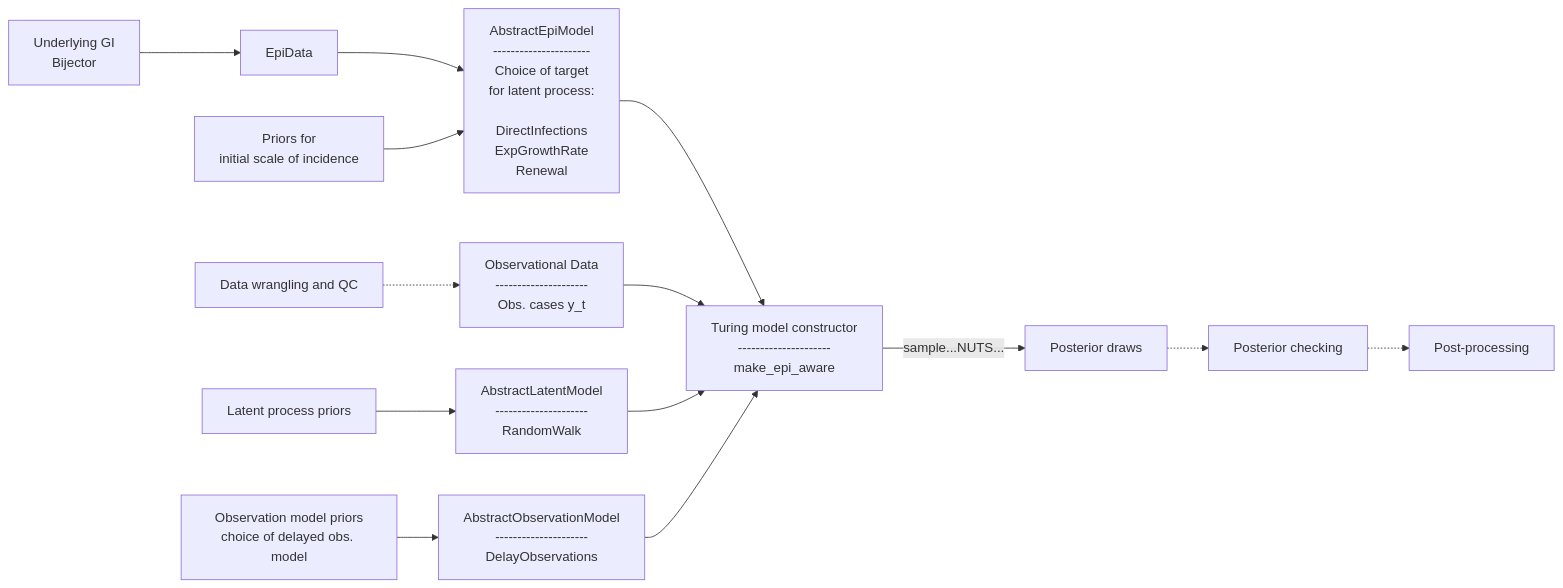
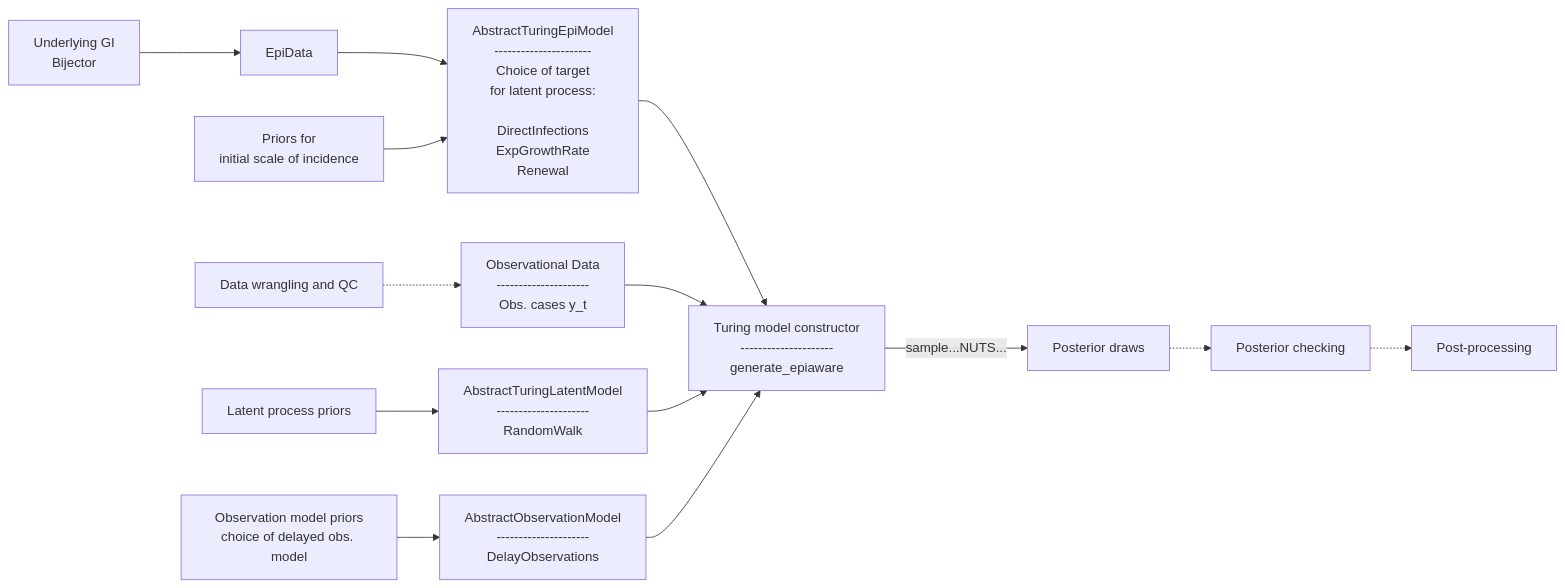
One commit to CDCgov/Rt-without-renewal changed the diagram in EpiAware/README.md. Above: the diagram before and after it, drawn with Mermaid. The commit also changed 52 other files, not shown here.

````diff
--- a/EpiAware/README.md
+++ b/EpiAware/README.md
@@ -16,64 +16,64 @@
 ```mermaid
 flowchart LR
 
 A["Underlying GI
 Bijector"]
 
-EpiModel["AbstractEpiModel
+EpiModel["AbstractTuringEpiModel
 ----------------------
 Choice of target
 for latent process:
 
 DirectInfections
     ExpGrowthRate
     Renewal"]
 
 InitModel["Priors for
 initial scale of incidence"]
 
 DataW[Data wrangling and QC]
 
 
 ObsData["Observational Data
 ---------------------
 Obs. cases y_t"]
 
 LatentProcPriors["Latent process priors"]
 
-LatentProc["AbstractLatentModel
+LatentProc["AbstractTuringLatentModel
 ---------------------
 RandomWalk"]
 
 ObsModelPriors["Observation model priors
 choice of delayed obs. model"]
 
 ObsModel["AbstractObservationModel
 ---------------------
 DelayObservations"]
 
 E["Turing model constructor
 ---------------------
-make_epi_aware"]
+generate_epiaware"]
 
 G[Posterior draws]
 H[Posterior checking]
 I[Post-processing]
 
 
 
 A --> EpiData
 EpiData --> EpiModel
 InitModel --> EpiModel
 EpiModel -->E
 ObsData-->E
 DataW-.->ObsData
 LatentProcPriors-->LatentProc
 LatentProc-->E
 ObsModelPriors-->ObsModel
 ObsModel-->E
 
 
 E-->|sample...NUTS...| G
 G-.->H
 H-.->I
 ```
````
